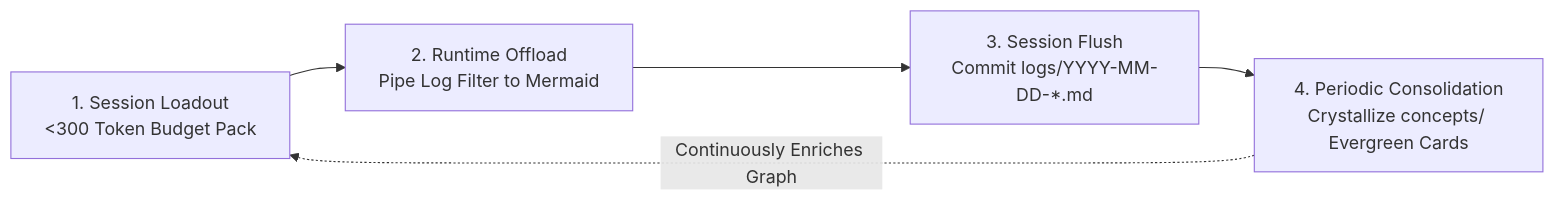
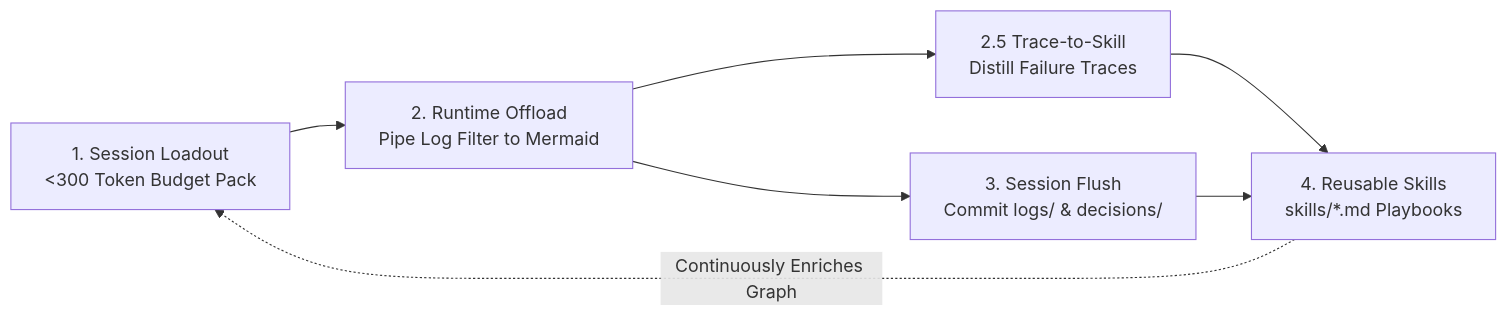
Before and after one commit to K0maru/k0maru-agent-memory: the first of 2 diagrams in README.md, drawn with Mermaid. The commit also changed other lines of this file and 3 other files, not shown here.

````diff
--- a/README.md
+++ b/README.md
@@ -170,7 +189,9 @@
 ```mermaid
 flowchart LR
     L0["1. Session Loadout<br/>&lt;300 Token Budget Pack"] --> L1["2. Runtime Offload<br/>Pipe Log Filter to Mermaid"]
-    L1 --> L2["3. Session Flush<br/>Commit logs/YYYY-MM-DD-*.md"]
-    L2 --> L3["4. Periodic Consolidation<br/>Crystallize concepts/ Evergreen Cards"]
+    L1 --> L15["2.5 Trace-to-Skill<br/>Distill Failure Traces"]
+    L1 --> L2["3. Session Flush<br/>Commit logs/ & decisions/"]
+    L15 --> L3["4. Reusable Skills<br/>skills/*.md Playbooks"]
+    L2 --> L3
     L3 -.->|"Continuously Enriches Graph"| L0
 ```
````
